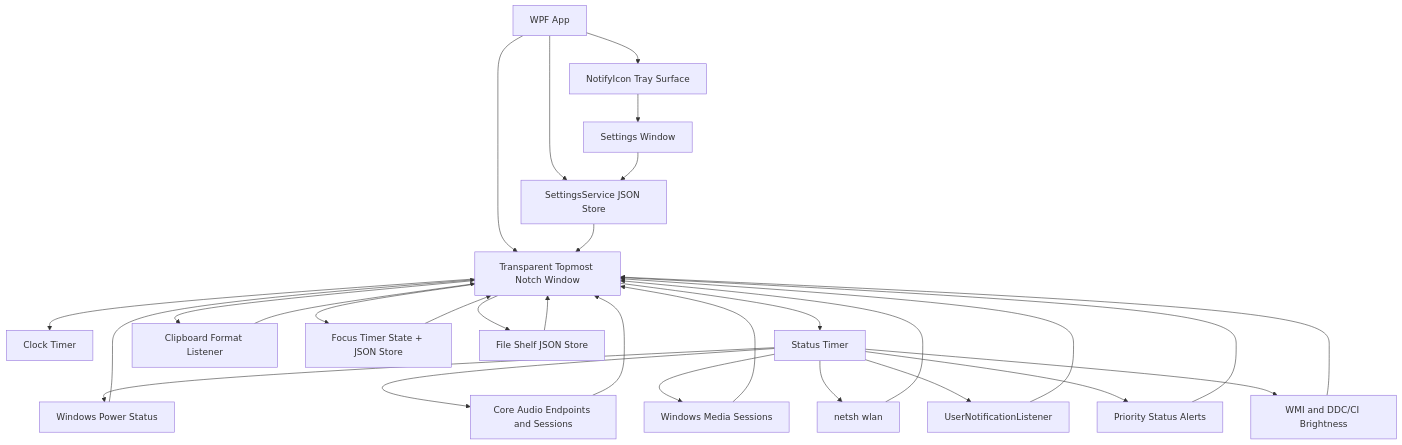
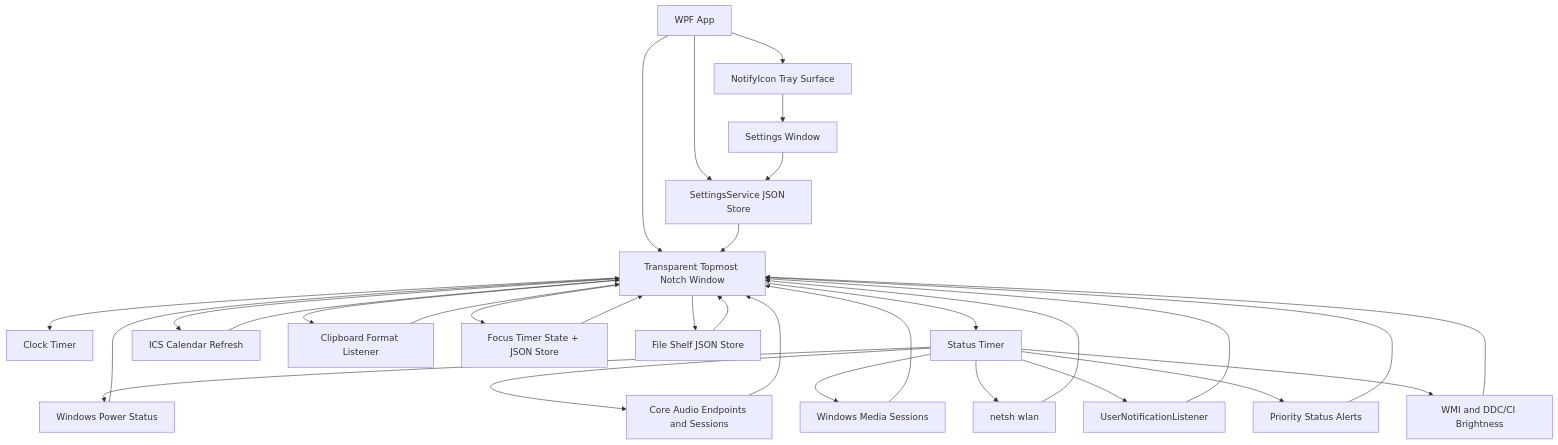
One commit to yappologistic/winotch changed the first of 2 diagrams in docs/architecture.md. Above: the diagram before and after it, drawn with Mermaid. The commit also changed other lines of this file and 22 other files, not shown here.

````diff
--- a/docs/architecture.md
+++ b/docs/architecture.md
@@ -5,31 +5,33 @@
 ```mermaid
 flowchart TD
     App["WPF App"] --> Window["Transparent Topmost Notch Window"]
     Window --> Clock["Clock Timer"]
     Window --> Status["Status Timer"]
     Status --> Battery["Windows Power Status"]
     Status --> Audio["Core Audio Endpoints and Sessions"]
     Status --> Media["Windows Media Sessions"]
     Status --> Wifi["netsh wlan"]
     Status --> Notifications["UserNotificationListener"]
     Status --> Priority["Priority Status Alerts"]
+    Window --> Calendar["ICS Calendar Refresh"]
     App --> Settings["SettingsService JSON Store"]
     App --> Tray["NotifyIcon Tray Surface"]
     Tray --> SettingsWindow["Settings Window"]
     SettingsWindow --> Settings
     Settings --> Window
     Window --> Clipboard["Clipboard Format Listener"]
     Window --> Focus["Focus Timer State + JSON Store"]
     Window --> Shelf["File Shelf JSON Store"]
     Status --> Brightness["WMI and DDC/CI Brightness"]
     Battery --> Window
     Audio --> Window
     Media --> Window
     Wifi --> Window
     Notifications --> Window
     Priority --> Window
     Clipboard --> Window
     Focus --> Window
+    Calendar --> Window
     Shelf --> Window
     Brightness --> Window
 ```
````
